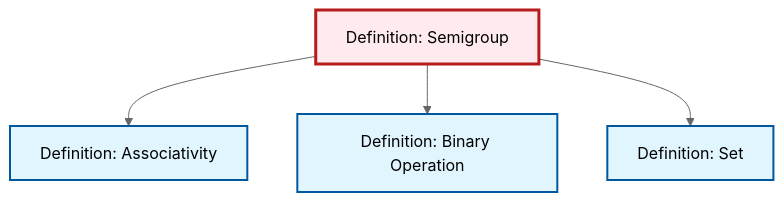
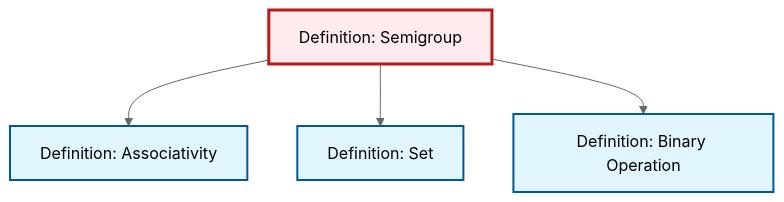
Before and after one commit to RK0429/ModernMath: the diagram in content/en/algebra/def-semigroup.qmd, drawn with Mermaid (neutral theme). The commit also changed other lines of this file and 654 other files, not shown here.

````diff
--- a/content/en/algebra/def-semigroup.qmd
+++ b/content/en/algebra/def-semigroup.qmd
@@ -102,20 +102,20 @@
 ```{mermaid}
 %%| fig-cap: "Local dependency graph"
 graph TD
     classDef definition fill:#e1f5fe,stroke:#01579b,stroke-width:2px
     classDef theorem fill:#f3e5f5,stroke:#4a148c,stroke-width:2px
     classDef axiom fill:#fff3e0,stroke:#e65100,stroke-width:2px
     classDef example fill:#e8f5e9,stroke:#1b5e20,stroke-width:2px
     classDef current fill:#ffebee,stroke:#b71c1c,stroke-width:3px
     def-set["Definition: Set"]:::definition
+    def-binary-operation["Definition: Binary Operation"]:::definition
     def-semigroup["Definition: Semigroup"]:::definition
-    def-binary-operation["Definition: Binary Operation"]:::definition
     def-associativity["Definition: Associativity"]:::definition
     def-semigroup --> def-associativity
+    def-semigroup --> def-set
     def-semigroup --> def-binary-operation
-    def-semigroup --> def-set
     class def-semigroup current
     click def-set "def-set.html" "Go to Set definition"
     click def-binary-operation "def-binary-operation.html" "Go to Binary Operation definition"
     click def-associativity "def-associativity.html" "Go to Associativity definition"
 ```
````
